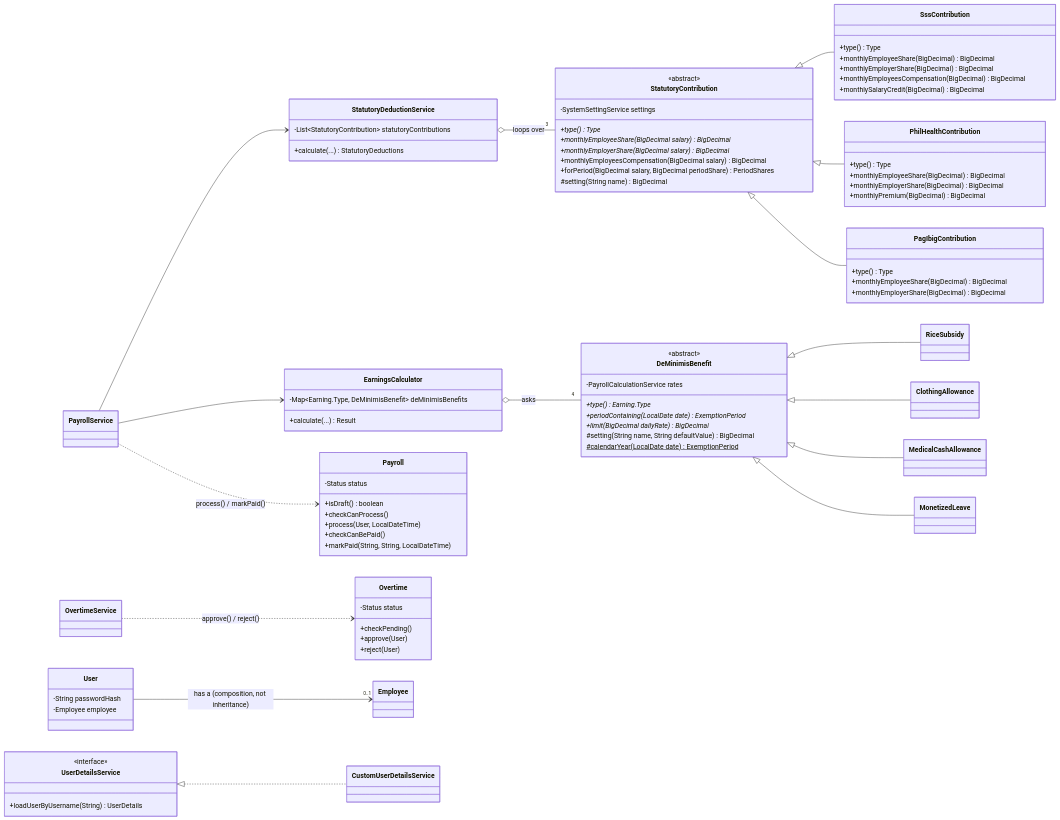
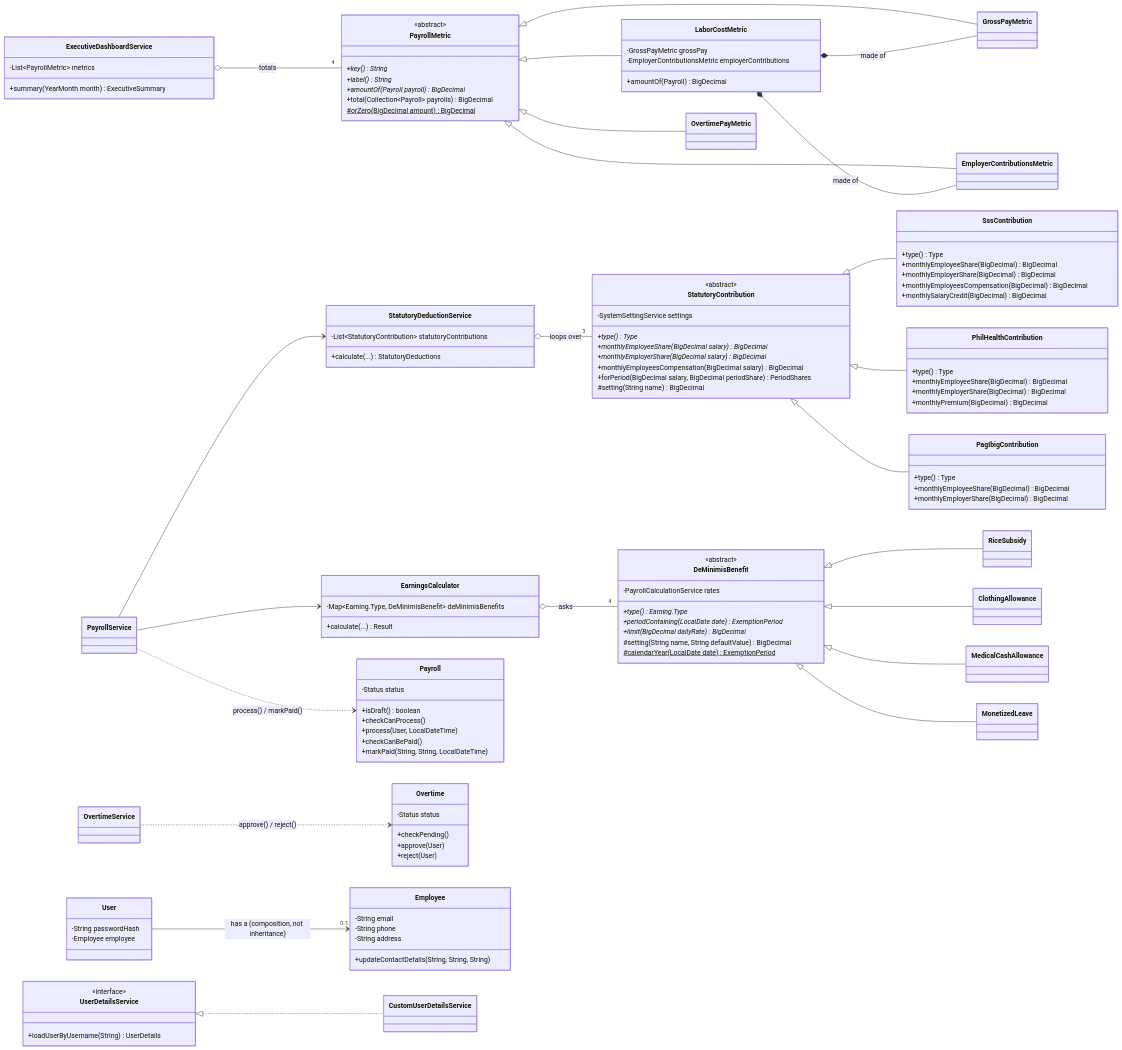
Before and after one commit to ArtXenos/Employger: the diagram in docs/OOP_CONCEPTS.md, drawn with Mermaid. The commit also changed other lines of this file and 27 other files, not shown here.

First line of the commit message:
Role features: employee self-service, HR approvals, GM company overview

```diff
--- a/docs/OOP_CONCEPTS.md
+++ b/docs/OOP_CONCEPTS.md
@@ -318,6 +389,35 @@
     }
     EarningsCalculator o-- "4" DeMinimisBenefit : asks
 
+    class PayrollMetric {
+        <<abstract>>
+        +key()* String
+        +label()* String
+        +amountOf(Payroll payroll)* BigDecimal
+        +total(Collection~Payroll~ payrolls) BigDecimal
+        #orZero(BigDecimal amount)$ BigDecimal
+    }
+    class GrossPayMetric
+    class OvertimePayMetric
+    class EmployerContributionsMetric
+    class LaborCostMetric {
+        -GrossPayMetric grossPay
+        -EmployerContributionsMetric employerContributions
+        +amountOf(Payroll) BigDecimal
+    }
+    PayrollMetric <|-- GrossPayMetric
+    PayrollMetric <|-- OvertimePayMetric
+    PayrollMetric <|-- EmployerContributionsMetric
+    PayrollMetric <|-- LaborCostMetric
+    LaborCostMetric *-- GrossPayMetric : made of
+    LaborCostMetric *-- EmployerContributionsMetric : made of
+
+    class ExecutiveDashboardService {
+        -List~PayrollMetric~ metrics
+        +summary(YearMonth month) ExecutiveSummary
+    }
+    ExecutiveDashboardService o-- "4" PayrollMetric : totals
+
     class PayrollService
     PayrollService --> StatutoryDeductionService
     PayrollService --> EarningsCalculator
@@ -344,7 +444,12 @@
         -String passwordHash
         -Employee employee
     }
-    class Employee
+    class Employee {
+        -String email
+        -String phone
+        -String address
+        +updateContactDetails(String, String, String)
+    }
     User --> "0..1" Employee : has a (composition, not inheritance)
 
     class UserDetailsService {
```
